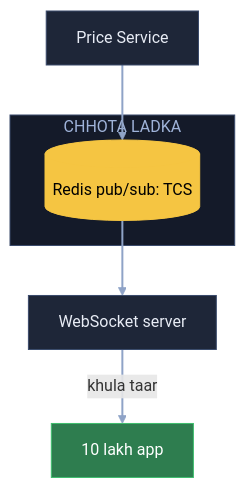
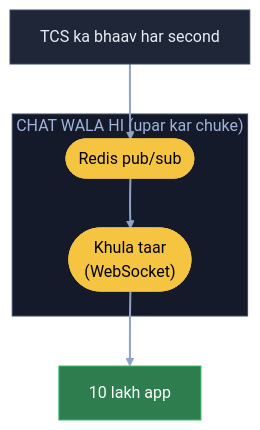
Before and after one commit to ArpanMaheshwari144/Prep: the eighth of 9 diagrams in 04_HLD/SYSTEM_DESIGNS/05_stock_broker_trading/05_stock_broker_trading.md, drawn with Mermaid. The commit also changed other lines of this file, not shown here.

Commit message:
Stock: 9 diagram hand notes ke shabdon se; K8 'chhota ladka' aur K3 apni jodi line hatai

````diff
--- a/04_HLD/SYSTEM_DESIGNS/05_stock_broker_trading/05_stock_broker_trading.md
+++ b/04_HLD/SYSTEM_DESIGNS/05_stock_broker_trading/05_stock_broker_trading.md
@@ -259,18 +258,18 @@
 ```mermaid
 flowchart TB
-    P["Price Service"]:::card
-    subgraph CL["CHHOTA LADKA"]
-        R[("Redis pub/sub: TCS")]:::pill
+    P["TCS ka bhaav har second"]:::card
+    subgraph CW["CHAT WALA HI (upar kar chuke)"]
+        R(["Redis pub/sub"]):::pill
+        W(["Khula taar<br/>(WebSocket)"]):::pill
     end
-    W["WebSocket server"]:::card
     U["10 lakh app"]:::good
     P --> R
     R --> W
-    W -- "khula taar" --> U
+    W --> U
     linkStyle default stroke:#8fa3c7,stroke-width:2px
     classDef card fill:#1e2638,stroke:#3a4a6b,color:#e8ecf5
     classDef pill fill:#f5c542,stroke:#f5c542,color:#000
     classDef good fill:#2e7d4f,stroke:#3fbf6f,color:#fff
     classDef bad fill:#5c1f24,stroke:#e05561,color:#fff
-    style CL fill:#141a29,stroke:#3a4a6b,color:#9fb3d9
+    style CW fill:#141a29,stroke:#3a4a6b,color:#9fb3d9
 ```
````
